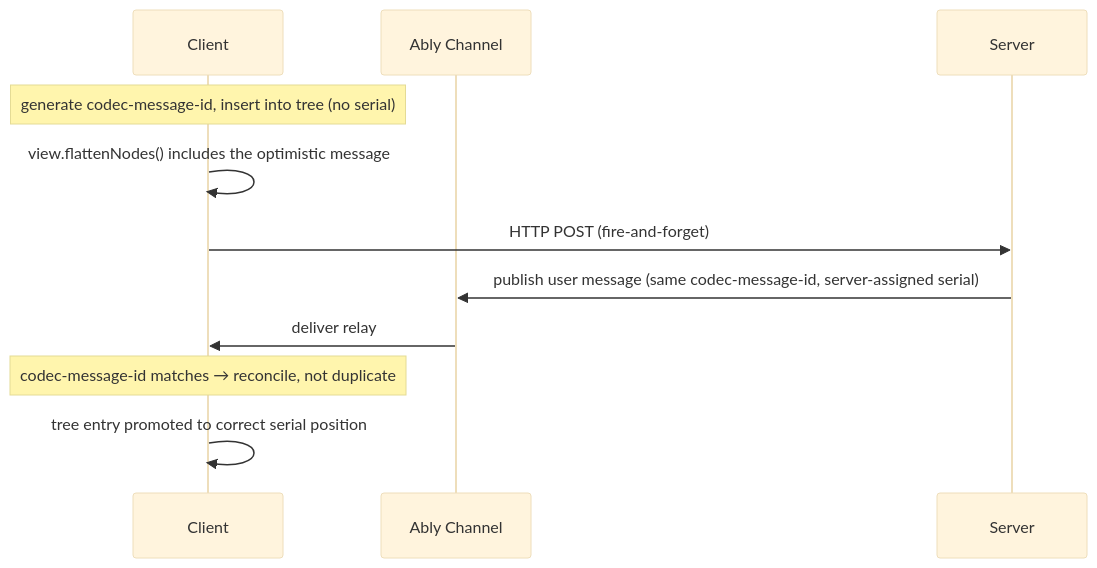
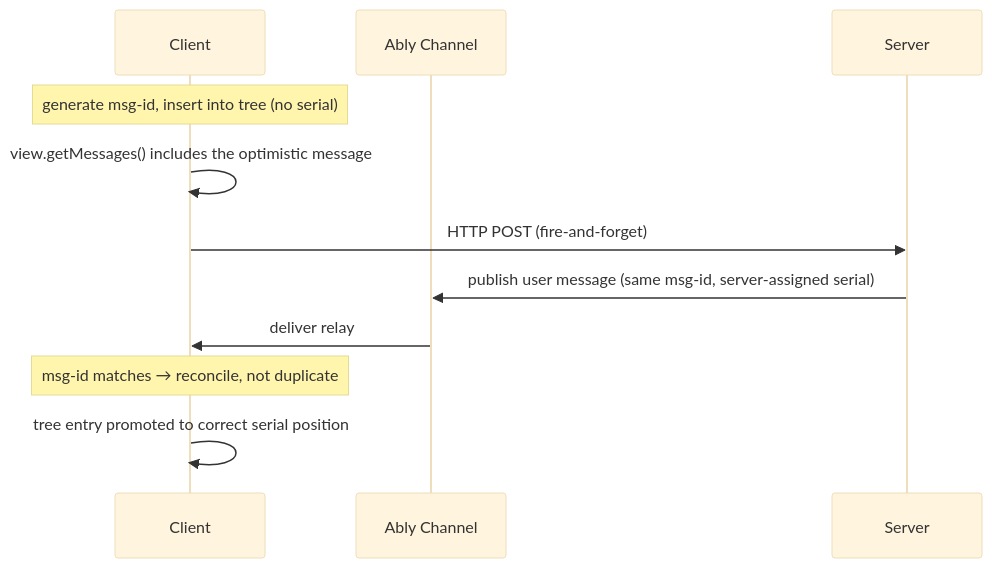
Before and after one commit to ably/ably-ai-transport-js: the diagram in docs/features/optimistic-updates.md, drawn with Mermaid (base theme). The commit also changed other lines of this file and 56 other files, not shown here.

````diff
--- a/docs/features/optimistic-updates.md
+++ b/docs/features/optimistic-updates.md
@@ -13,14 +13,14 @@
 ```mermaid
 sequenceDiagram
     participant C as Client
     participant Ch as Ably Channel
     participant S as Server
 
-    Note over C: generate codec-message-id, insert into tree (no serial)
-    C->>C: view.flattenNodes() includes the optimistic message
+    Note over C: generate msg-id, insert into tree (no serial)
+    C->>C: view.getMessages() includes the optimistic message
     C->>S: HTTP POST (fire-and-forget)
-    S->>Ch: publish user message (same codec-message-id, server-assigned serial)
+    S->>Ch: publish user message (same msg-id, server-assigned serial)
     Ch->>C: deliver relay
-    Note over C: codec-message-id matches → reconcile, not duplicate
+    Note over C: msg-id matches → reconcile, not duplicate
     C->>C: tree entry promoted to correct serial position
 ```
````
